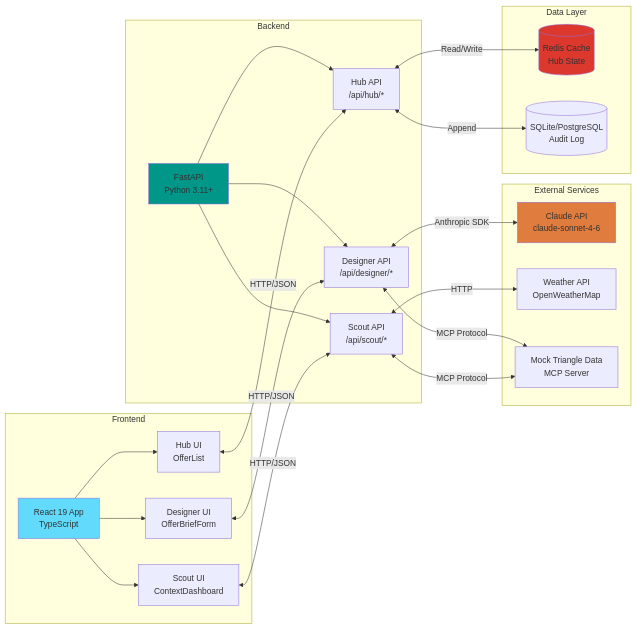
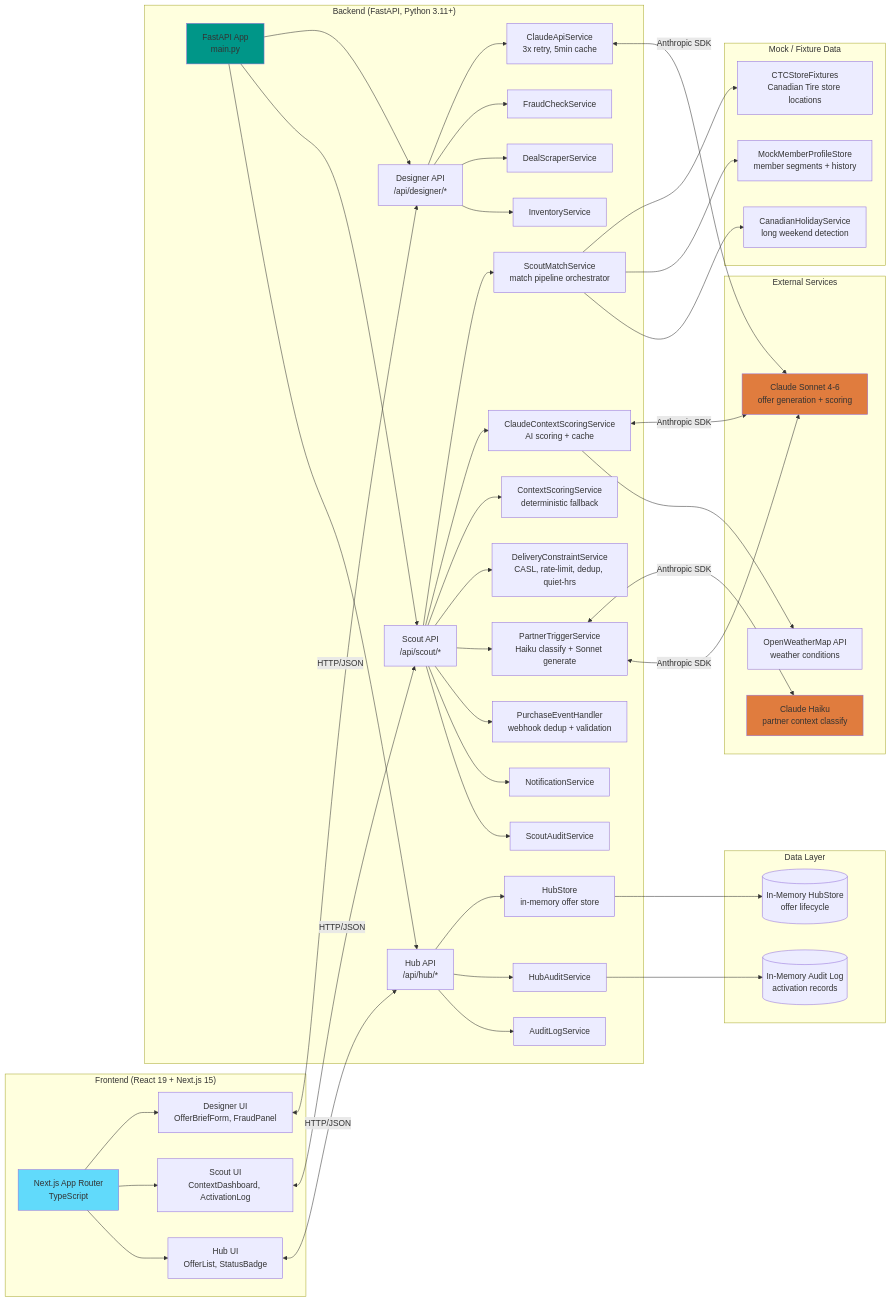
One commit to kartikey423/tristar changed the seventh of 13 diagrams in docs/ARCHITECTURE.md. Above: the diagram before and after it, drawn with Mermaid. The commit also changed other lines of this file and 10 other files, not shown here.

````diff
--- a/docs/ARCHITECTURE.md
+++ b/docs/ARCHITECTURE.md
@@ -141,45 +278,74 @@
 ```mermaid
 graph LR
-    subgraph Frontend
-        A[React 19 App<br/>TypeScript]
-        A --> B[Designer UI<br/>OfferBriefForm]
-        A --> C[Scout UI<br/>ContextDashboard]
-        A --> D[Hub UI<br/>OfferList]
+    subgraph Frontend["Frontend (React 19 + Next.js 15)"]
+        A[Next.js App Router<br/>TypeScript]
+        A --> B[Designer UI<br/>OfferBriefForm, FraudPanel]
+        A --> C[Scout UI<br/>ContextDashboard, ActivationLog]
+        A --> D[Hub UI<br/>OfferList, StatusBadge]
     end
 
-    subgraph Backend
-        E[FastAPI<br/>Python 3.11+]
+    subgraph Backend["Backend (FastAPI, Python 3.11+)"]
+        E[FastAPI App<br/>main.py]
         E --> F[Designer API<br/>/api/designer/*]
         E --> G[Scout API<br/>/api/scout/*]
         E --> H[Hub API<br/>/api/hub/*]
+
+        F --> F1[ClaudeApiService<br/>3x retry, 5min cache]
+        F --> F2[FraudCheckService]
+        F --> F3[DealScraperService]
+        F --> F4[InventoryService]
+
+        G --> G1[ScoutMatchService<br/>match pipeline orchestrator]
+        G --> G2[ClaudeContextScoringService<br/>AI scoring + cache]
+        G --> G3[ContextScoringService<br/>deterministic fallback]
+        G --> G4[DeliveryConstraintService<br/>CASL, rate-limit, dedup, quiet-hrs]
+        G --> G5[PartnerTriggerService<br/>Haiku classify + Sonnet generate]
+        G --> G6[PurchaseEventHandler<br/>webhook dedup + validation]
+        G --> G7[NotificationService]
+        G --> G8[ScoutAuditService]
+
+        H --> H1[HubStore<br/>in-memory offer store]
+        H --> H2[HubAuditService]
+        H --> H3[AuditLogService]
     end
 
-    subgraph "External Services"
-        I[Claude API<br/>claude-sonnet-4-6]
-        J[Weather API<br/>OpenWeatherMap]
-        K[Mock Triangle Data<br/>MCP Server]
+    subgraph External["External Services"]
+        I[Claude Sonnet 4-6<br/>offer generation + scoring]
+        J[Claude Haiku<br/>partner context classify]
+        K[OpenWeatherMap API<br/>weather conditions]
     end
 
-    subgraph "Data Layer"
-        L[(Redis Cache<br/>Hub State)]
-        M[(SQLite/PostgreSQL<br/>Audit Log)]
+    subgraph Data["Data Layer"]
+        L[(In-Memory HubStore<br/>offer lifecycle)]
+        M[(In-Memory Audit Log<br/>activation records)]
+    end
+
+    subgraph Fixtures["Mock / Fixture Data"]
+        N[CTCStoreFixtures<br/>Canadian Tire store locations]
+        O[MockMemberProfileStore<br/>member segments + history]
+        P[CanadianHolidayService<br/>long weekend detection]
     end
 
     B <-->|HTTP/JSON| F
     C <-->|HTTP/JSON| G
     D <-->|HTTP/JSON| H
 
-    F <-->|Anthropic SDK| I
-    F <-->|MCP Protocol| K
+    F1 <-->|Anthropic SDK| I
+    G2 <-->|Anthropic SDK| I
+    G5 <-->|Anthropic SDK| J
+    G5 <-->|Anthropic SDK| I
 
-    G <-->|HTTP| J
-    G <-->|MCP Protocol| K
+    G2 --> K
 
-    H <-->|Read/Write| L
-    H <-->|Append| M
+    H1 --> L
+    H2 --> M
+
+    G1 --> N
+    G1 --> O
+    G1 --> P
 
     style A fill:#61dafb
     style E fill:#009688
     style I fill:#e07c3e
-    style L fill:#dc382d
+    style J fill:#e07c3e
 ```
````
